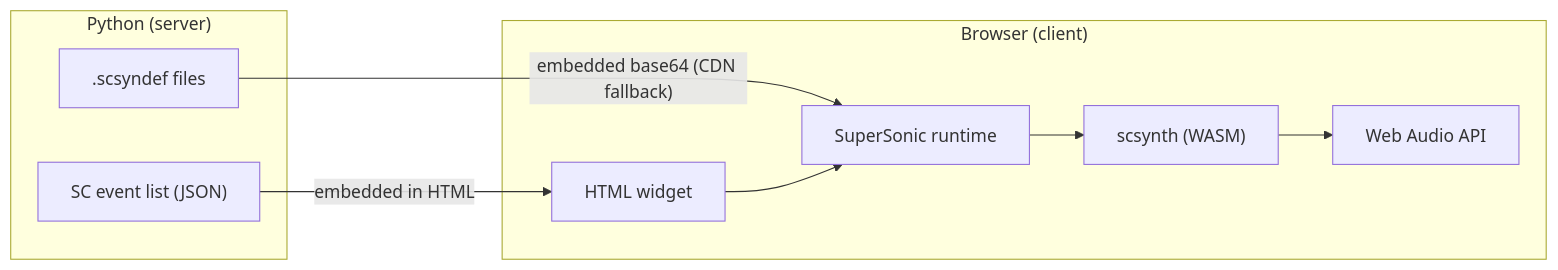
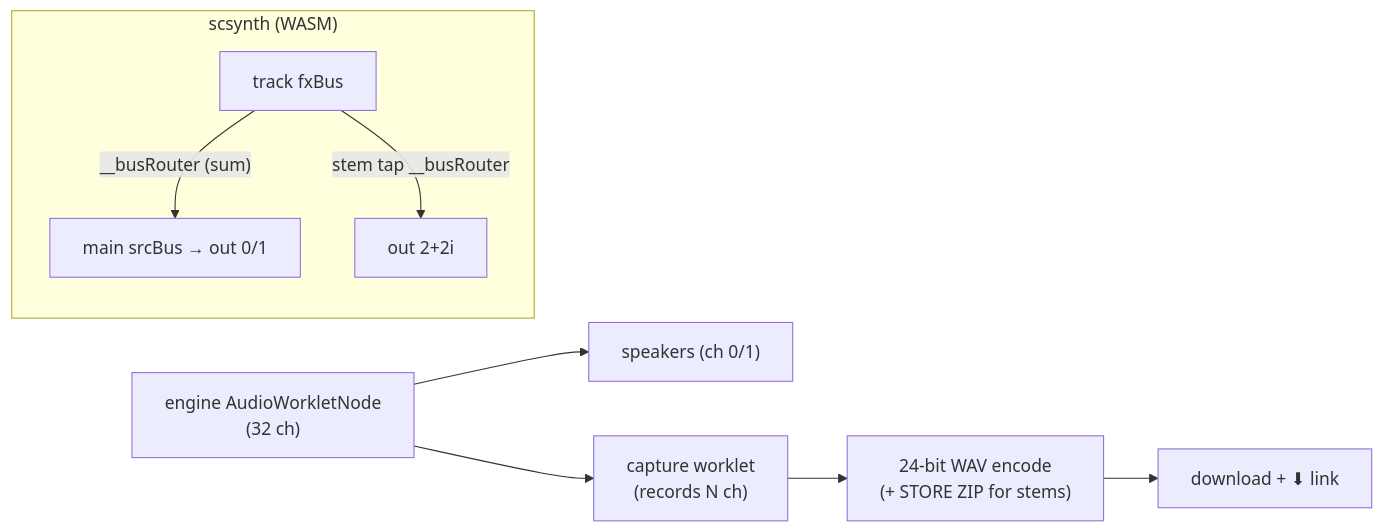
The third of 4 diagrams in docs/architecture/07_PLAYBACK.md (kr4g/Klotho), drawn with Mermaid before and after one commit. The commit also changed other lines of this file and 59 other files, not shown here.

````diff
--- a/docs/architecture/07_PLAYBACK.md
+++ b/docs/architecture/07_PLAYBACK.md
@@ -253,20 +261,11 @@
 ```mermaid
 flowchart LR
-    subgraph "Python (server)"
-        sc_events["SC event list (JSON)"]
-        scsyndef[".scsyndef files"]
+    subgraph "scsynth (WASM)"
+        T1["track fxBus"] -->|"__busRouter (sum)"| MAIN["main srcBus → out 0/1"]
+        T1 -->|"stem tap __busRouter"| CH["out 2+2i"]
     end
-
-    subgraph "Browser (client)"
-        HTML["HTML widget"]
-        SS["SuperSonic runtime"]
-        SCSYNTH["scsynth (WASM)"]
-        AUDIO["Web Audio API"]
-    end
-
-    sc_events -->|"embedded in HTML"| HTML
-    scsyndef -->|"embedded base64 (CDN fallback)"| SS
-    HTML --> SS
-    SS --> SCSYNTH
-    SCSYNTH --> AUDIO
+    NODE["engine AudioWorkletNode<br/>(32 ch)"] --> DEST["speakers (ch 0/1)"]
+    NODE --> CAP["capture worklet<br/>(records N ch)"]
+    CAP --> ENC["24-bit WAV encode<br/>(+ STORE ZIP for stems)"]
+    ENC --> DL["download + ⬇ link"]
 ```
````
